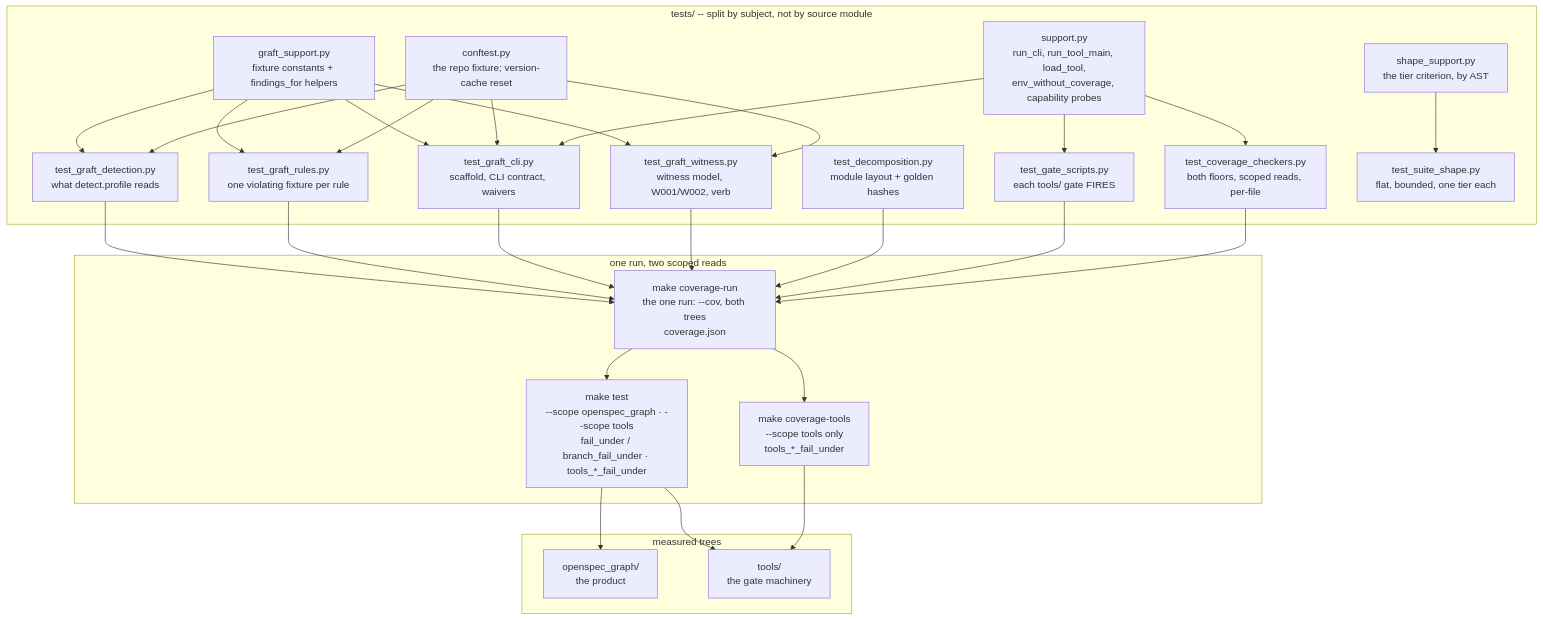
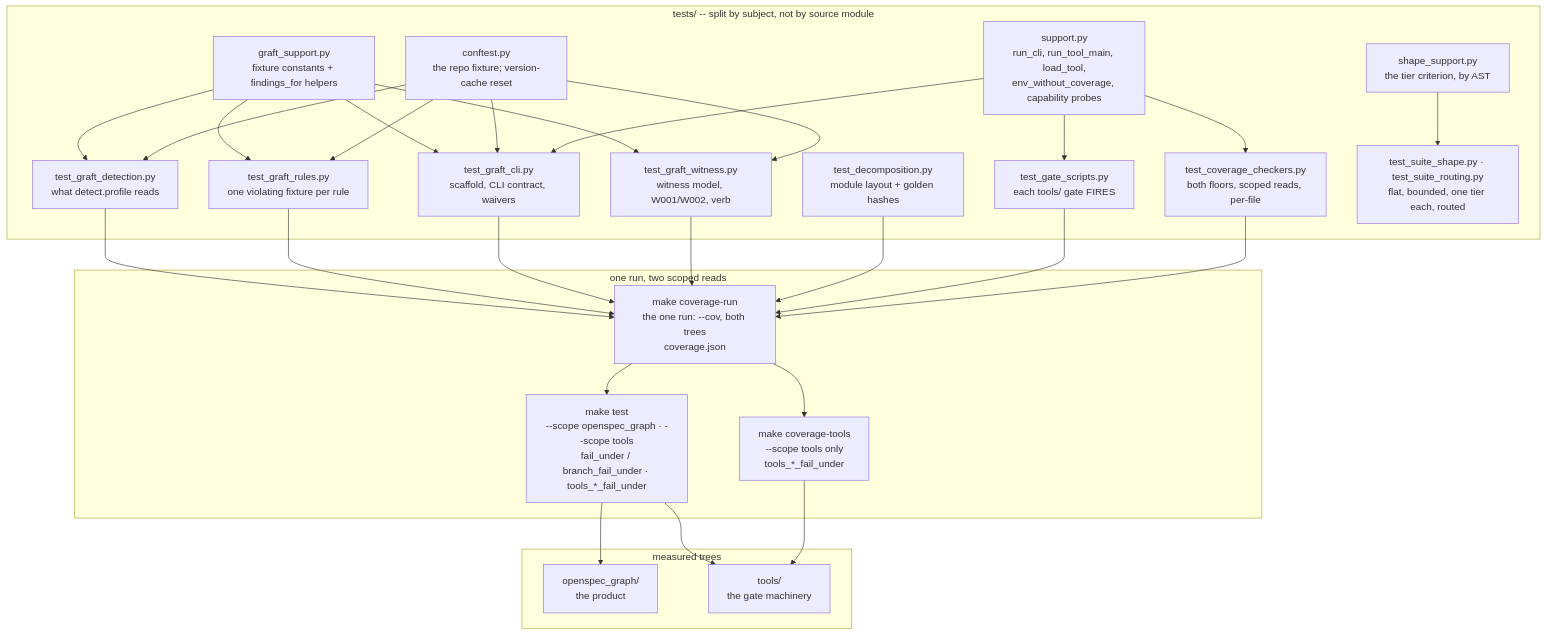
Before and after one commit to ianshank/planlint: the fifth of 5 diagrams in docs/architecture/c4.md, drawn with Mermaid. The commit also changed other lines of this file and 8 other files, not shown here.

First line of the commit message:
test: close the routing and registration gaps Copilot found (#42 review)

````diff
--- a/docs/architecture/c4.md
+++ b/docs/architecture/c4.md
@@ -206,36 +206,36 @@
 ```mermaid
 flowchart TD
     subgraph measured["measured trees"]
         pkg["openspec_graph/<br/>the product"]
         tools["tools/<br/>the gate machinery"]
     end
 
     subgraph suite["tests/ -- split by subject, not by source module"]
         support["support.py<br/>run_cli, run_tool_main, load_tool,<br/>env_without_coverage, capability probes"]
         graftsup["graft_support.py<br/>fixture constants + findings_for helpers"]
         conftest["conftest.py<br/>the repo fixture; version-cache reset"]
         detection["test_graft_detection.py<br/>what detect.profile reads"]
         rulestests["test_graft_rules.py<br/>one violating fixture per rule"]
         clitests["test_graft_cli.py<br/>scaffold, CLI contract, waivers"]
         witnesstests["test_graft_witness.py<br/>witness model, W001/W002, verb"]
         gatetests["test_gate_scripts.py<br/>each tools/ gate FIRES"]
         checkers["test_coverage_checkers.py<br/>both floors, scoped reads, per-file"]
         decomp["test_decomposition.py<br/>module layout + golden hashes"]
         shapesup["shape_support.py<br/>the tier criterion, by AST"]
-        shape["test_suite_shape.py<br/>flat, bounded, one tier each"]
+        shape["test_suite_shape.py · test_suite_routing.py<br/>flat, bounded, one tier each, routed"]
     end
 
     subgraph gates["one run, two scoped reads"]
         covrun["make coverage-run<br/>the one run: --cov, both trees<br/>coverage.json"]
         mktest["make test<br/>--scope openspec_graph · --scope tools<br/>fail_under / branch_fail_under · tools_*_fail_under"]
         mkcov["make coverage-tools<br/>--scope tools only<br/>tools_*_fail_under"]
     end
 
     graftsup --> detection & rulestests & clitests & witnesstests
     conftest --> detection & rulestests & clitests & witnesstests
     support --> gatetests & checkers & clitests
     shapesup --> shape
     detection & rulestests & clitests & witnesstests & decomp & gatetests & checkers --> covrun
     covrun --> mktest --> pkg & tools
     covrun --> mkcov --> tools
 ```
````
